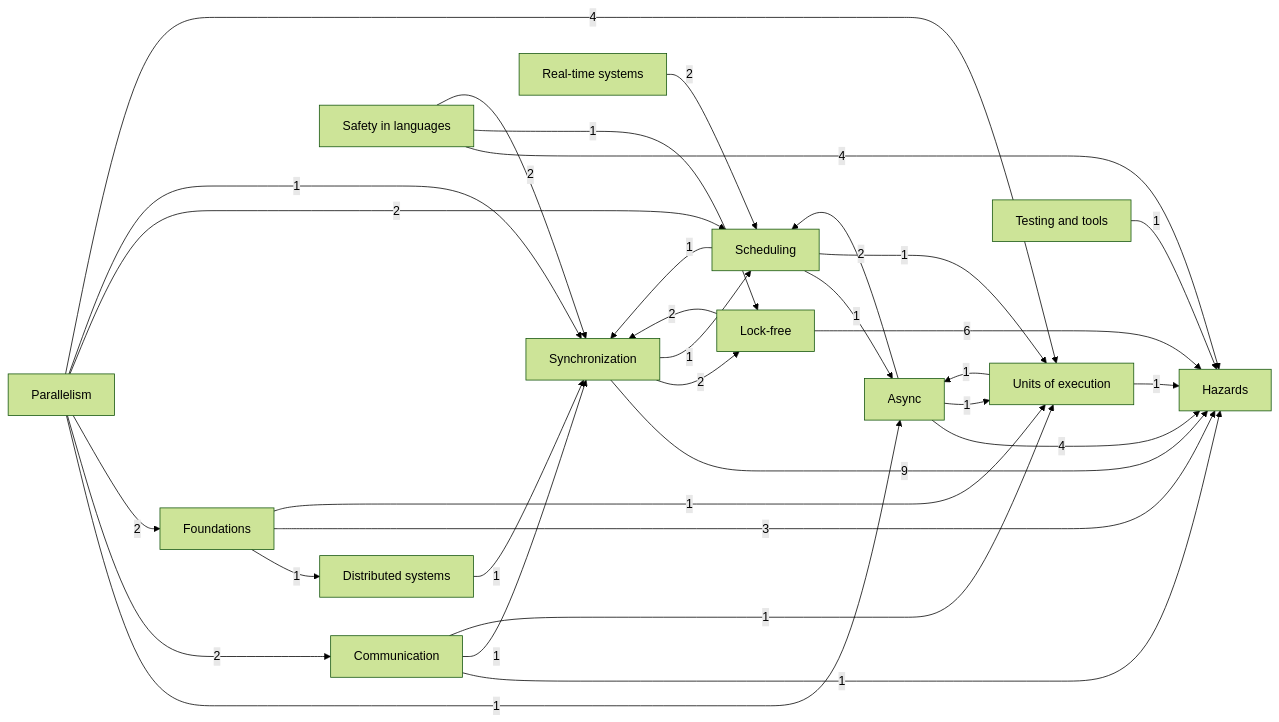
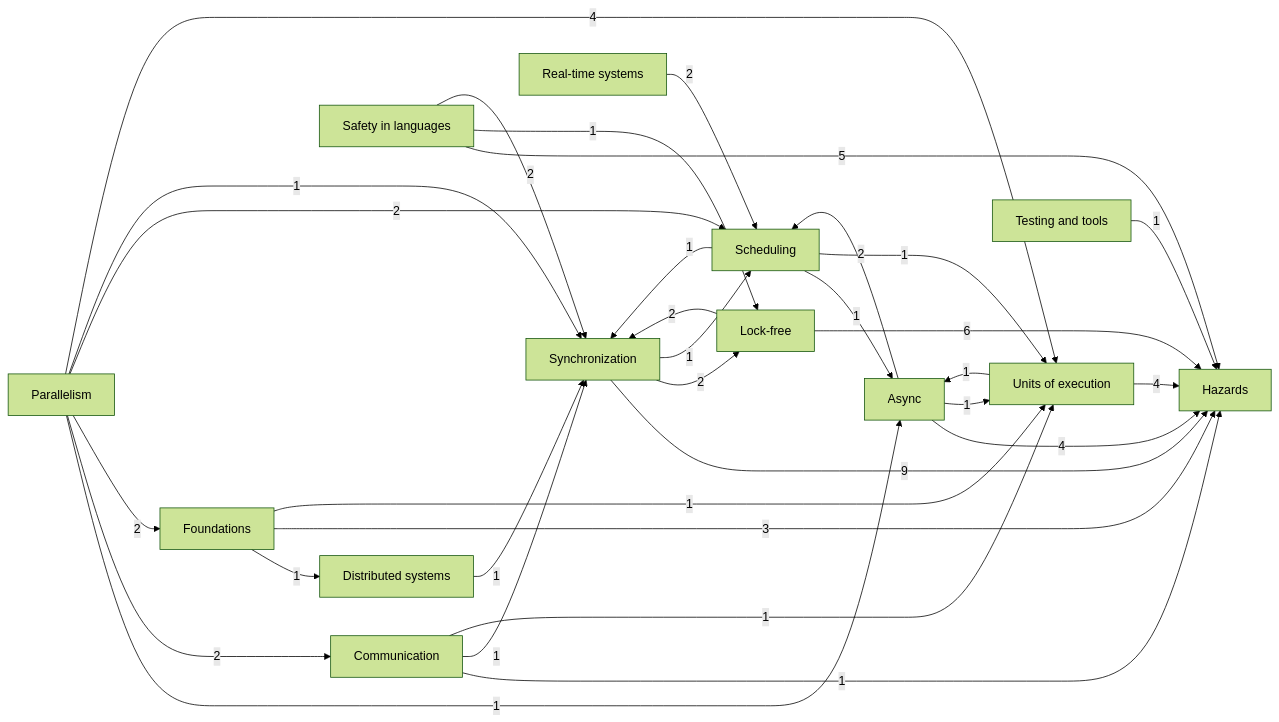
Before and after one commit to masiarek/concurrency-learning-library: the first of 14 diagrams in 11_Concepts/schema/README.md, drawn with Mermaid (forest theme). The commit also changed other lines of this file and 44 other files, not shown here.

````diff
--- a/11_Concepts/schema/README.md
+++ b/11_Concepts/schema/README.md
@@ -27,47 +27,47 @@
 ```mermaid
 flowchart LR
   c_foundations["Foundations"]
   c_units_of_execution["Units of execution"]
   c_scheduling["Scheduling"]
   c_hazards["Hazards"]
   c_synchronization["Synchronization"]
   c_lock_free["Lock-free"]
   c_communication["Communication"]
   c_async["Async"]
   c_parallelism["Parallelism"]
   c_safety_in_languages["Safety in languages"]
   c_distributed["Distributed systems"]
   c_real_time["Real-time systems"]
   c_testing_and_tools["Testing and tools"]
   c_async -->|4| c_hazards
   c_async -->|2| c_scheduling
   c_async -->|1| c_units_of_execution
   c_communication -->|1| c_hazards
   c_communication -->|1| c_synchronization
   c_communication -->|1| c_units_of_execution
   c_distributed -->|1| c_synchronization
   c_foundations -->|1| c_distributed
   c_foundations -->|3| c_hazards
   c_foundations -->|1| c_units_of_execution
   c_lock_free -->|6| c_hazards
   c_lock_free -->|2| c_synchronization
   c_parallelism -->|1| c_async
   c_parallelism -->|2| c_communication
   c_parallelism -->|2| c_foundations
   c_parallelism -->|2| c_scheduling
   c_parallelism -->|1| c_synchronization
   c_parallelism -->|4| c_units_of_execution
   c_real_time -->|2| c_scheduling
-  c_safety_in_languages -->|4| c_hazards
+  c_safety_in_languages -->|5| c_hazards
   c_safety_in_languages -->|1| c_lock_free
   c_safety_in_languages -->|2| c_synchronization
   c_scheduling -->|1| c_async
   c_scheduling -->|1| c_synchronization
   c_scheduling -->|1| c_units_of_execution
   c_synchronization -->|9| c_hazards
   c_synchronization -->|2| c_lock_free
   c_synchronization -->|1| c_scheduling
   c_testing_and_tools -->|1| c_hazards
   c_units_of_execution -->|1| c_async
-  c_units_of_execution -->|1| c_hazards
+  c_units_of_execution -->|4| c_hazards
 ```
````
